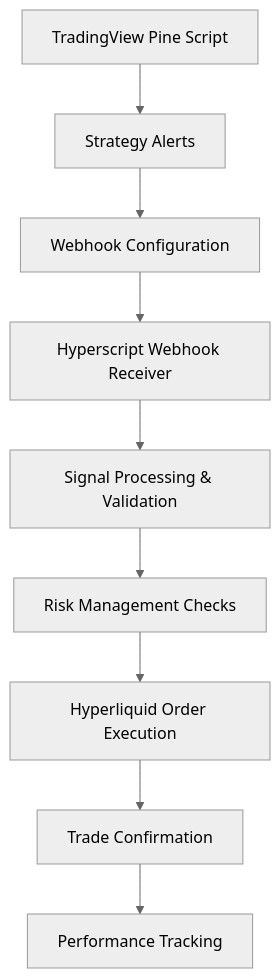
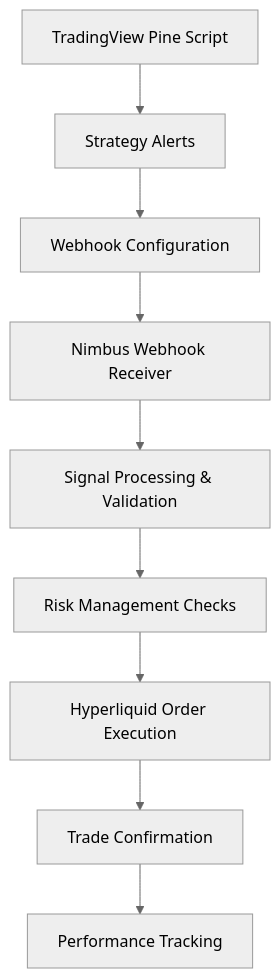
The diagram in advanced/pinescript-integration.mdx (allenchuang/docs-starter), drawn with Mermaid (neutral theme) before and after one commit. The commit also changed other lines of this file and 23 other files, not shown here.

````diff
--- a/advanced/pinescript-integration.mdx
+++ b/advanced/pinescript-integration.mdx
@@ -24,11 +24,11 @@
 ```mermaid
 graph TD
     A[TradingView Pine Script] --> B[Strategy Alerts]
     B --> C[Webhook Configuration]
-    C --> D[Hyperscript Webhook Receiver]
+    C --> D[Nimbus Webhook Receiver]
     D --> E[Signal Processing & Validation]
     E --> F[Risk Management Checks]
     F --> G[Hyperliquid Order Execution]
     G --> H[Trade Confirmation]
     H --> I[Performance Tracking]
 ```
````
